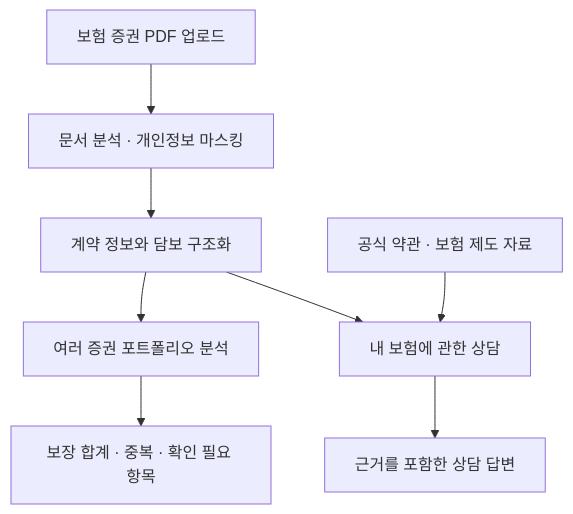
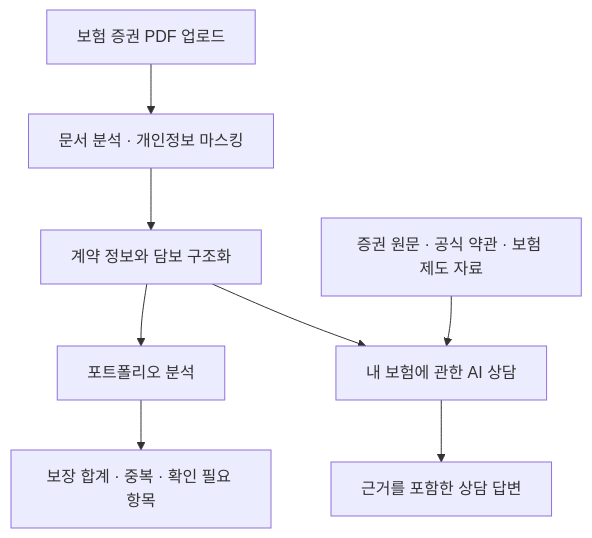
The first of 3 diagrams in README.md (seojuny95/coverly), drawn with Mermaid before and after one commit. The commit also changed other lines of this file, not shown here.

````diff
--- a/README.md
+++ b/README.md
@@ -22,10 +26,10 @@
 ```mermaid
 flowchart TD
     A["보험 증권 PDF 업로드"] --> B["문서 분석 · 개인정보 마스킹"]
     B --> C["계약 정보와 담보 구조화"]
-    C --> D["여러 증권 포트폴리오 분석"]
-    C --> E["내 보험에 관한 상담"]
-    F["공식 약관 · 보험 제도 자료"] --> E
+    C --> D["포트폴리오 분석"]
+    C --> E["내 보험에 관한 AI 상담"]
+    F["증권 원문 · 공식 약관 · 보험 제도 자료"] --> E
     D --> G["보장 합계 · 중복 · 확인 필요 항목"]
     E --> H["근거를 포함한 상담 답변"]
 ```
````
